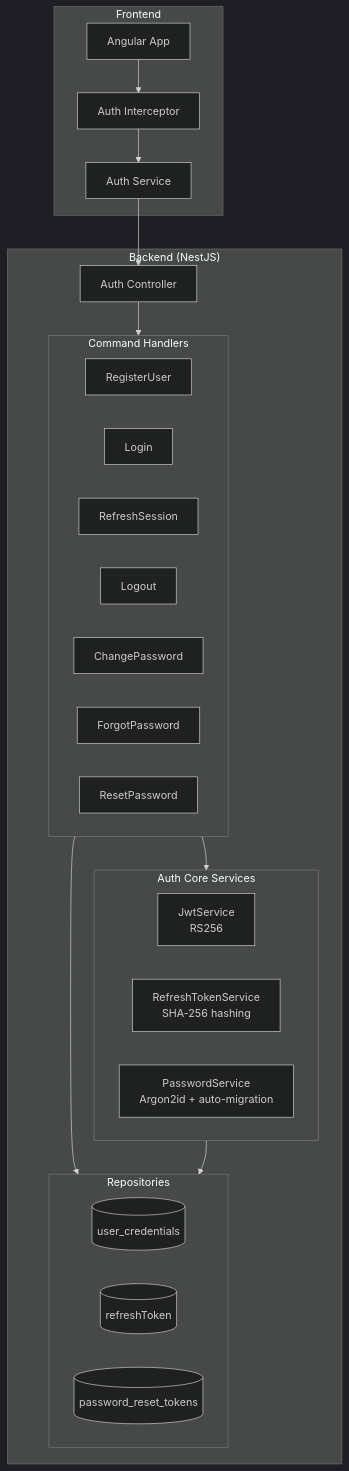
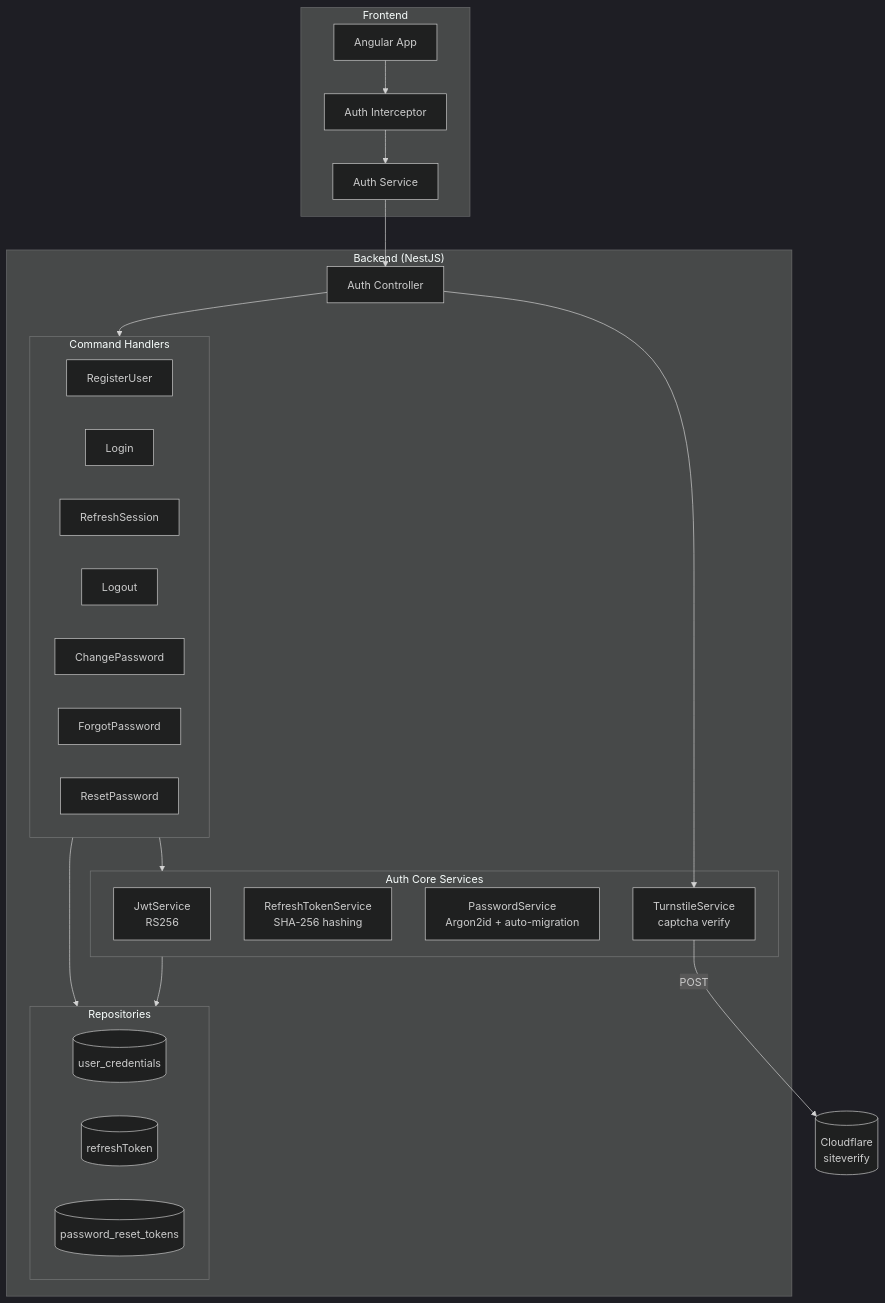
The first of 9 diagrams in apps/backend/documentation/sh3-auth-system.md (hugoheynard/SH3PERD), drawn with Mermaid (dark theme) before and after one commit. The commit also changed other lines of this file and 2 other files, not shown here.

First paragraph of the commit message:
docs(auth): refresh docs for captcha landing + lock Resend as mailer
Prep for picking up the mailer work next. Consolidates the auth
documentation so nothing trails behind the code that landed today.

````diff
--- a/apps/backend/documentation/sh3-auth-system.md
+++ b/apps/backend/documentation/sh3-auth-system.md
@@ -11,37 +11,42 @@
 ```mermaid
 graph TB
     subgraph Frontend
         UI[Angular App]
         AI[Auth Interceptor]
         AS[Auth Service]
     end
 
     subgraph Backend["Backend (NestJS)"]
         AC[Auth Controller]
         subgraph CQRS[Command Handlers]
             REG[RegisterUser]
             LOG[Login]
             REF[RefreshSession]
             OUT[Logout]
             CHP[ChangePassword]
             FGT[ForgotPassword]
             RST[ResetPassword]
         end
         subgraph Core[Auth Core Services]
             JWT[JwtService<br/>RS256]
             RTS[RefreshTokenService<br/>SHA-256 hashing]
             PWD[PasswordService<br/>Argon2id + auto-migration]
+            TSV[TurnstileService<br/>captcha verify]
         end
         subgraph Repos[Repositories]
             UCRED[(user_credentials)]
             RTDB[(refreshToken)]
             PRTDB[(password_reset_tokens)]
         end
     end
 
+    CFAPI[(Cloudflare<br/>siteverify)]
+
     UI --> AI --> AS --> AC
+    AC --> TSV
+    TSV -->|POST| CFAPI
     AC --> CQRS
     CQRS --> Core
     CQRS --> Repos
     Core --> Repos
 ```
````
